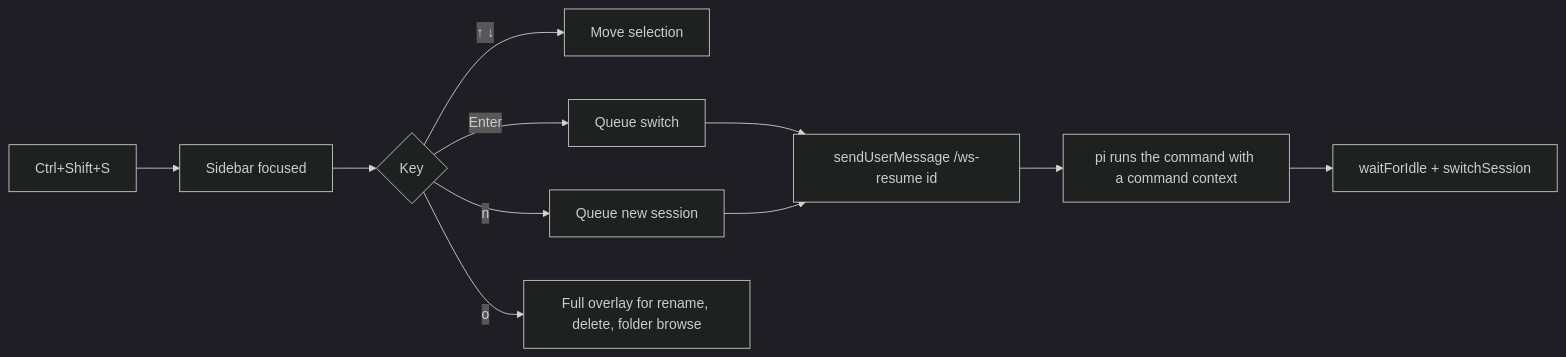
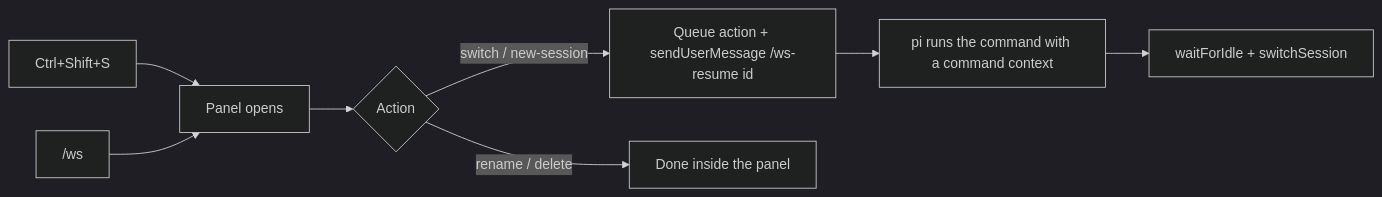
One commit to Gendyyy/pi-workspace-sidebar changed the diagram in README.md. Above: the diagram before and after it, drawn with Mermaid (dark theme). The commit also changed other lines of this file and 8 other files, not shown here.

First line of the commit message:
revert: drop the docked sidebar, keep the /ws panel

````diff
--- a/README.md
+++ b/README.md
@@ -146,13 +109,10 @@
 ```mermaid
 flowchart LR
-    A["Ctrl+Shift+S"] --> B[Sidebar focused]
-    B --> C{Key}
-    C -->|↑ ↓| D[Move selection]
-    C -->|Enter| E[Queue switch]
-    C -->|n| F[Queue new session]
-    E --> G["sendUserMessage /ws-resume id"]
-    F --> G
-    G --> H[pi runs the command with a command context]
-    H --> I[waitForIdle + switchSession]
-    C -->|o| J[Full overlay for rename, delete, folder browse]
+    A["Ctrl+Shift+S"] --> B[Panel opens]
+    C["/ws"] --> B
+    B --> D{Action}
+    D -->|switch / new-session| E["Queue action + sendUserMessage /ws-resume id"]
+    D -->|rename / delete| F[Done inside the panel]
+    E --> G[pi runs the command with a command context]
+    G --> H[waitForIdle + switchSession]
 ```
````
